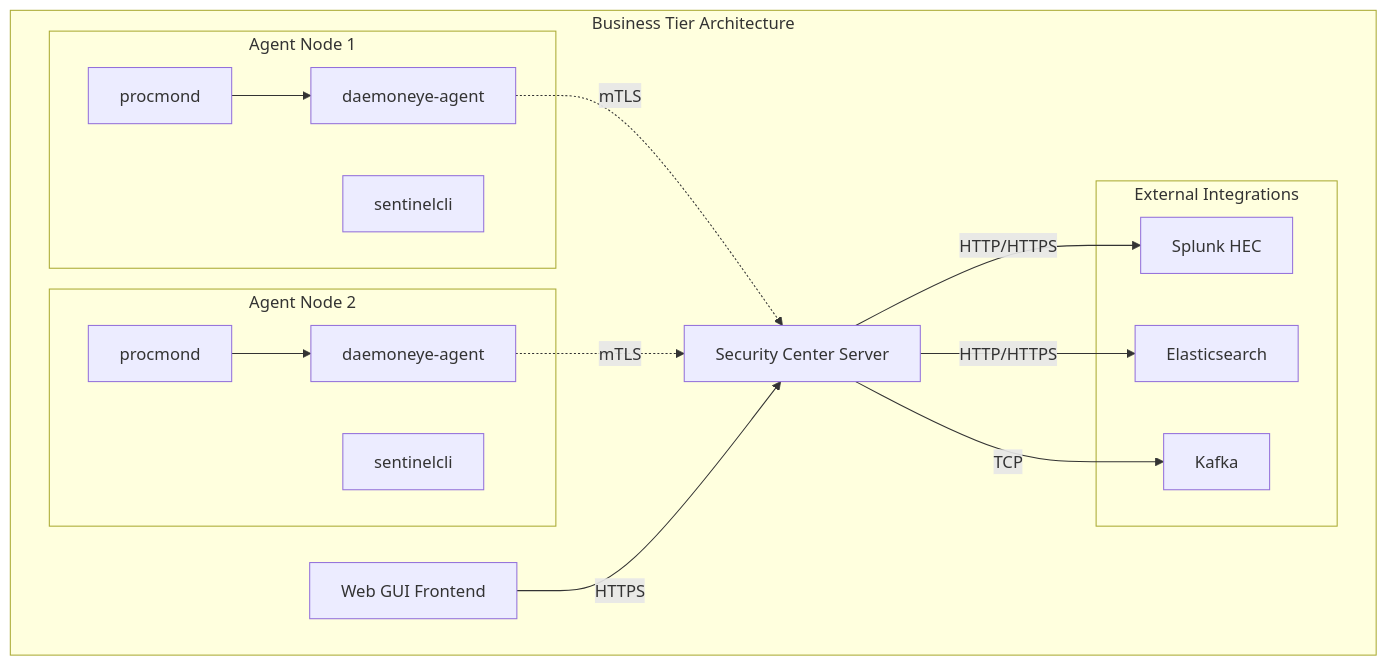
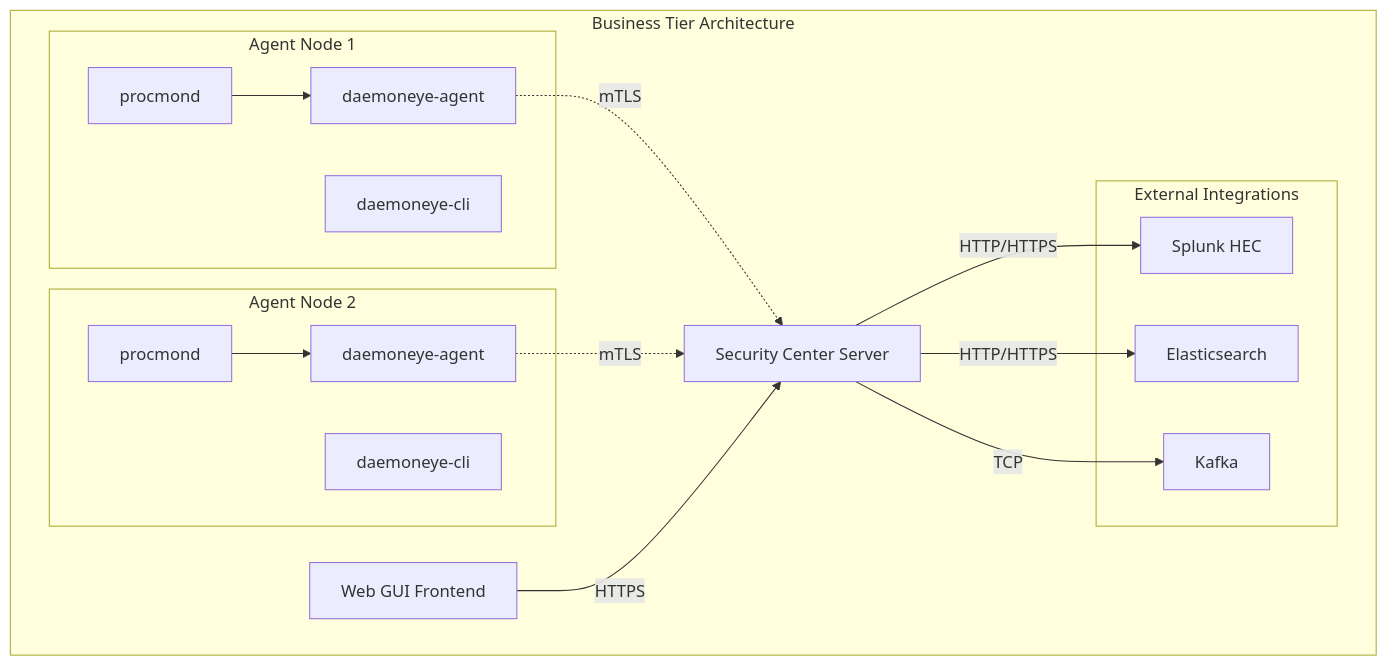
The diagram in docs/src/technical/business-tier.md (EvilBit-Labs/DaemonEye), drawn with Mermaid before and after one commit. The commit also changed other lines of this file and 24 other files, not shown here.

````diff
--- a/docs/src/technical/business-tier.md
+++ b/docs/src/technical/business-tier.md
@@ -21,35 +21,35 @@
 ```mermaid
 graph TB
     subgraph "Business Tier Architecture"
         SC[Security Center Server]
         GUI[Web GUI Frontend]
 
         subgraph "Agent Node 1"
             PM1[procmond]
             SA1[daemoneye-agent]
-            CLI1[sentinelcli]
+            CLI1[daemoneye-cli]
         end
 
         subgraph "Agent Node 2"
             PM2[procmond]
             SA2[daemoneye-agent]
-            CLI2[sentinelcli]
+            CLI2[daemoneye-cli]
         end
 
         subgraph "External Integrations"
             SPLUNK[Splunk HEC]
             ELASTIC[Elasticsearch]
             KAFKA[Kafka]
         end
     end
 
     SA1 -.->|mTLS| SC
     SA2 -.->|mTLS| SC
     GUI -->|HTTPS| SC
     SC -->|HTTP/HTTPS| SPLUNK
     SC -->|HTTP/HTTPS| ELASTIC
     SC -->|TCP| KAFKA
 
     PM1 --> SA1
     PM2 --> SA2
 ```
````
